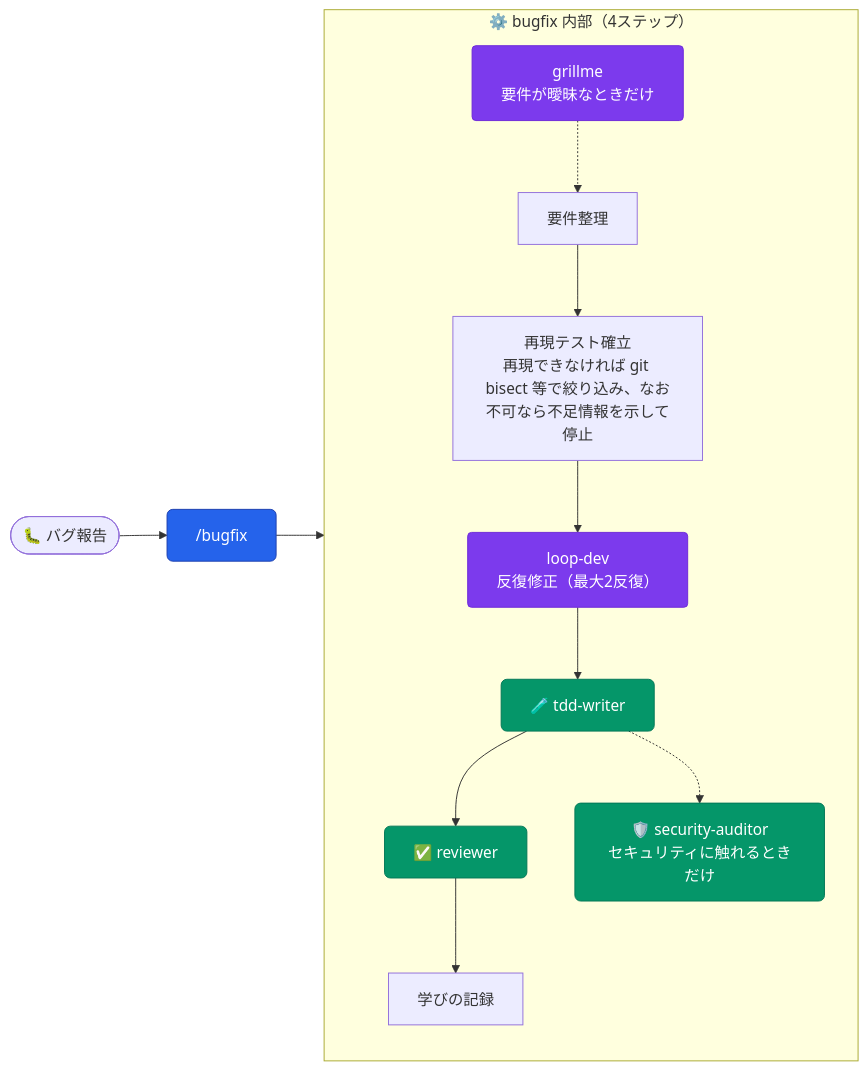
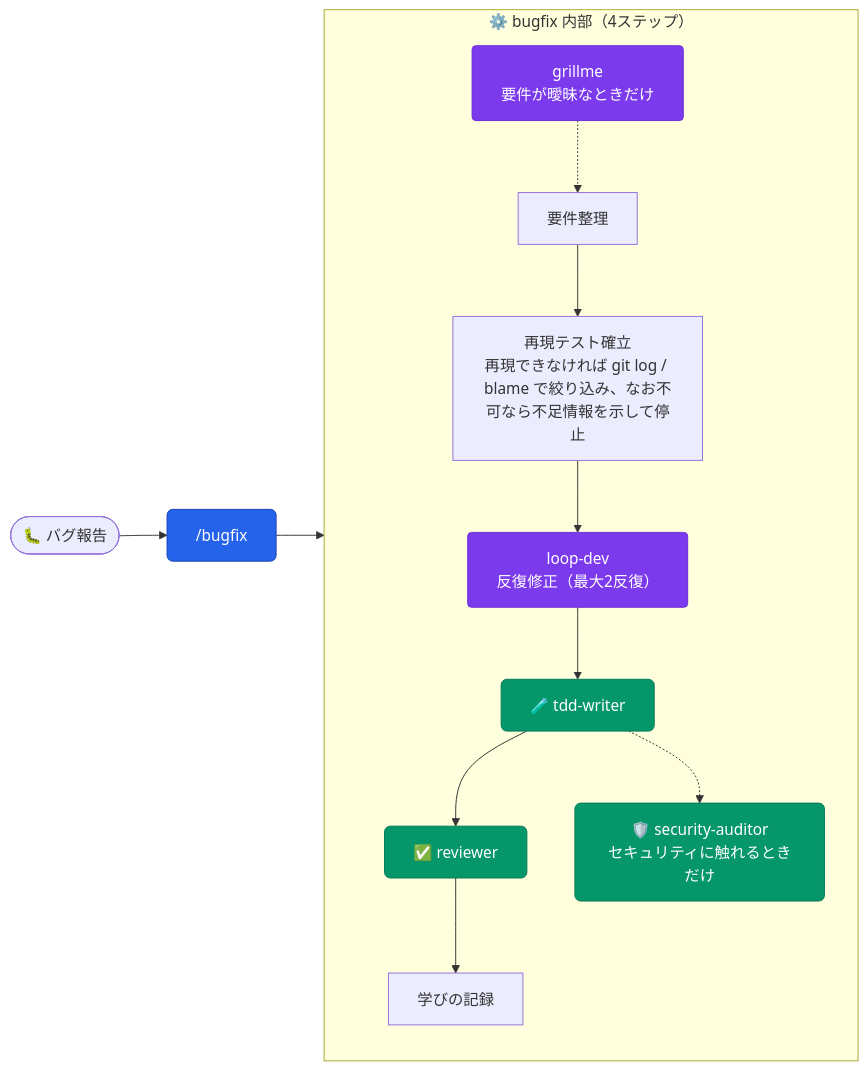
The second of 20 diagrams in README.md (aokumablue/claq), drawn with Mermaid before and after one commit. The commit also changed 3 other files, not shown here.

First line of the commit message:
fix(commands): 実装担当へ届く task に文書更新と RED の出所を書き、再現不能時は bisect でなく log/blame で絞る

````diff
--- a/README.md
+++ b/README.md
@@ -220,21 +220,21 @@
 ```mermaid
 flowchart LR
   classDef cmd    fill:#2563eb,stroke:#1e40af,color:#fff,rx:6
   classDef agent  fill:#059669,stroke:#047857,color:#fff,rx:6
   classDef skill  fill:#7c3aed,stroke:#6d28d9,color:#fff,rx:4
 
   U(["🐛 バグ報告"]) --> CB["/bugfix"]:::cmd
 
   subgraph bugfix["⚙️ bugfix 内部（4ステップ）"]
     direction TB
     SG["grillme<br/>要件が曖昧なときだけ"]:::skill -.-> REQ
-    REQ["要件整理"] --> REPRO["再現テスト確立<br/>再現できなければ git bisect 等で絞り込み、なお不可なら不足情報を示して停止"]
+    REQ["要件整理"] --> REPRO["再現テスト確立<br/>再現できなければ git log / blame で絞り込み、なお不可なら不足情報を示して停止"]
     REPRO --> ST["loop-dev<br/>反復修正（最大2反復）"]:::skill
     ST --> AT["🧪 tdd-writer"]:::agent
     AT --> AR["✅ reviewer"]:::agent
     AT -.-> ASEC["🛡️ security-auditor<br/>セキュリティに触れるときだけ"]:::agent
     AR --> LEARN["学びの記録"]
   end
 
   CB --> bugfix
 ```
````
